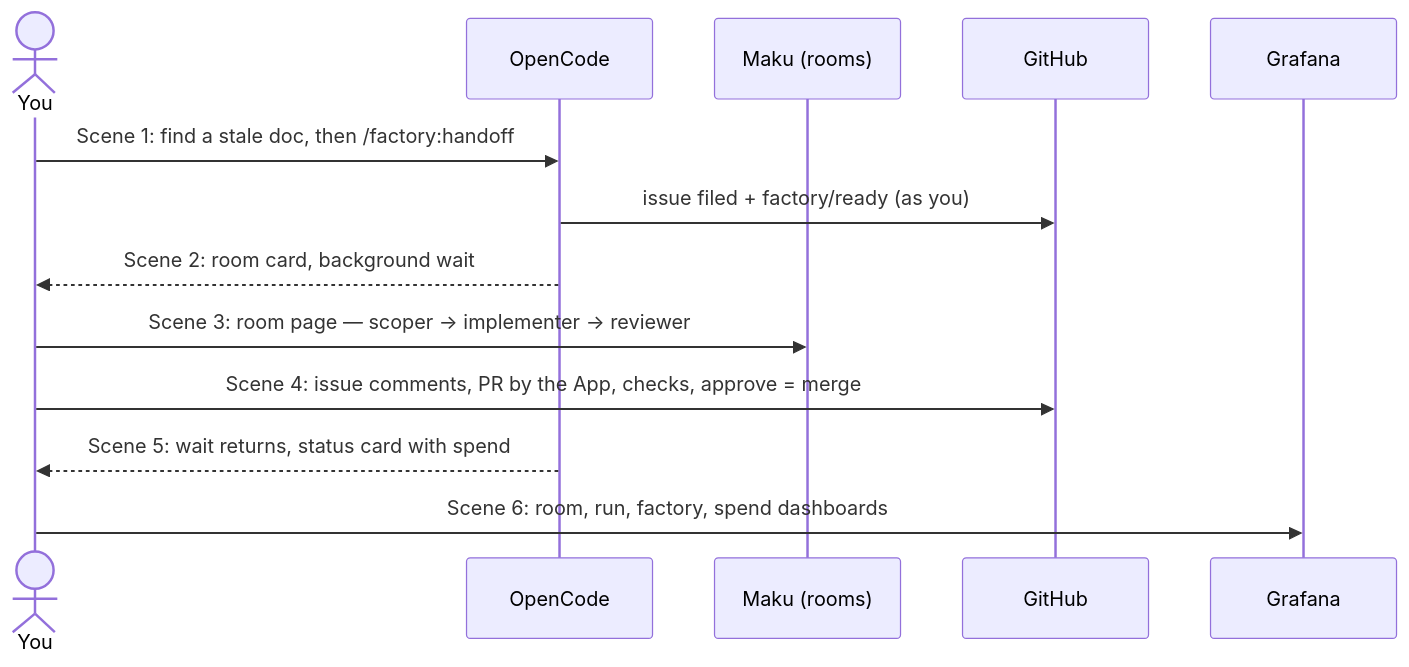
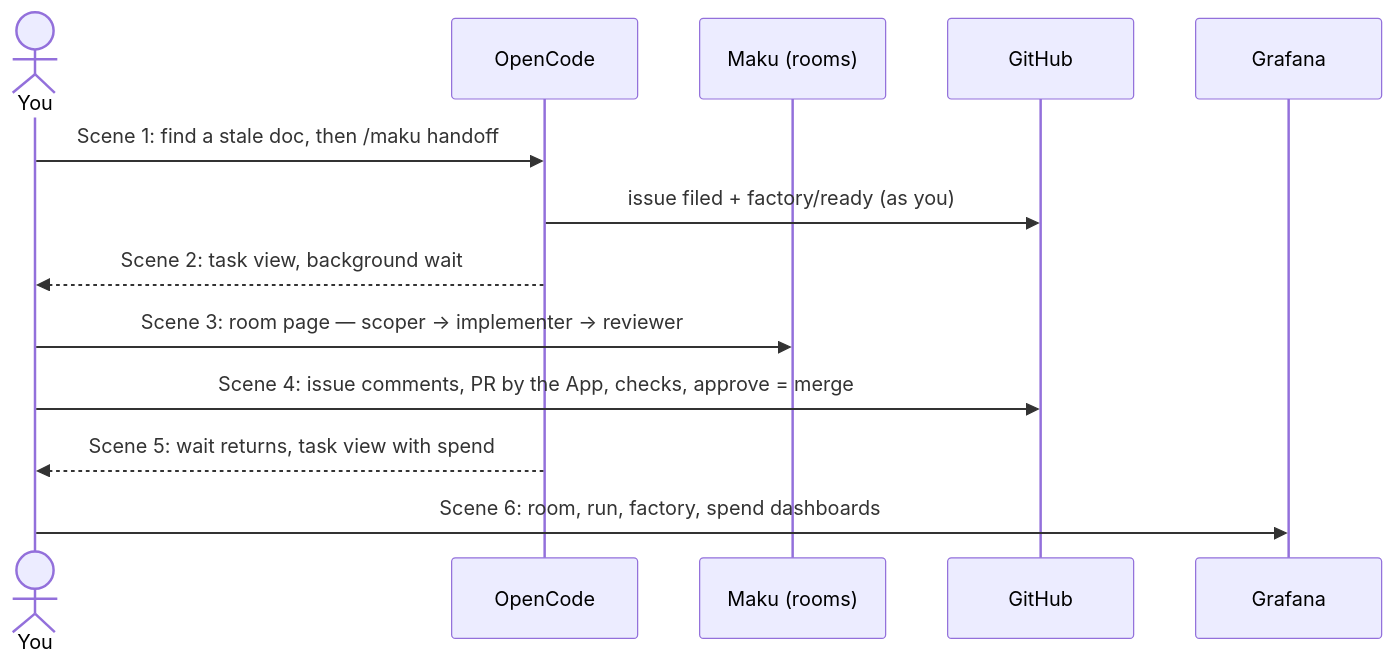
Before and after one commit to Smana/ai-native-ref: the diagram in docs/runbooks/agent-factory/24-screencast.md, drawn with Mermaid. The commit also changed other lines of this file and 7 other files, not shown here.

````diff
--- a/docs/runbooks/agent-factory/24-screencast.md
+++ b/docs/runbooks/agent-factory/24-screencast.md
@@ -21,15 +21,15 @@
 ```mermaid
 sequenceDiagram
   actor You
   participant OC as OpenCode
   participant M as Maku (rooms)
   participant GH as GitHub
   participant G as Grafana
-  You->>OC: Scene 1: find a stale doc, then /factory:handoff
+  You->>OC: Scene 1: find a stale doc, then /maku handoff
   OC->>GH: issue filed + factory/ready (as you)
-  OC-->>You: Scene 2: room card, background wait
+  OC-->>You: Scene 2: task view, background wait
   You->>M: Scene 3: room page — scoper → implementer → reviewer
   You->>GH: Scene 4: issue comments, PR by the App, checks, approve = merge
-  OC-->>You: Scene 5: wait returns, status card with spend
+  OC-->>You: Scene 5: wait returns, task view with spend
   You->>G: Scene 6: room, run, factory, spend dashboards
 ```
````
